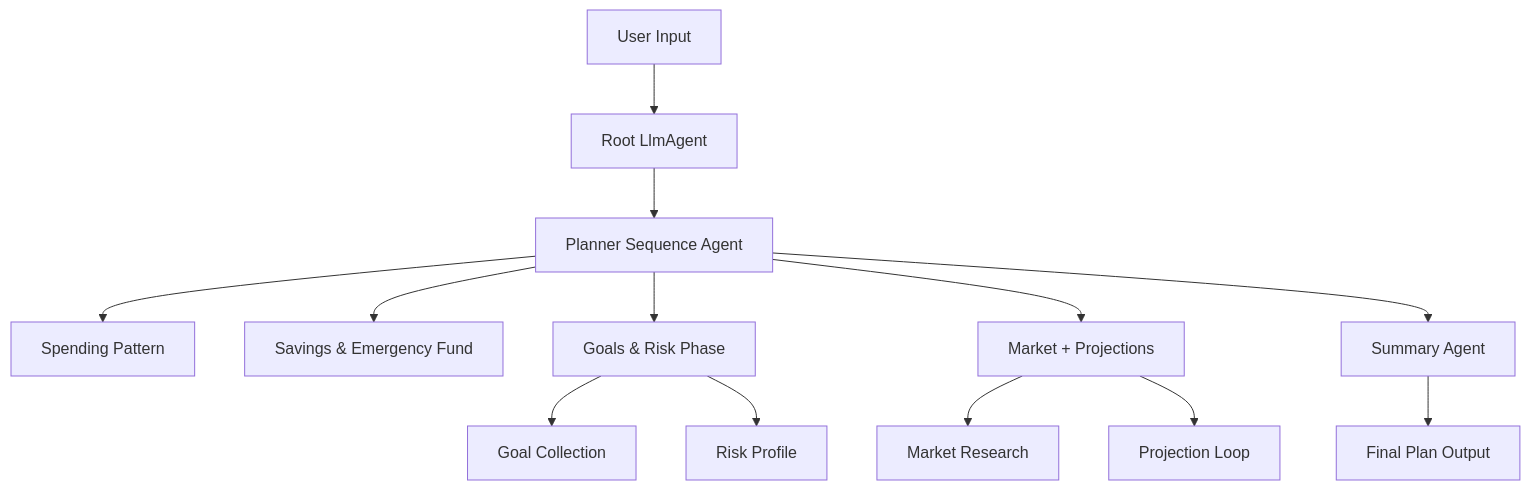
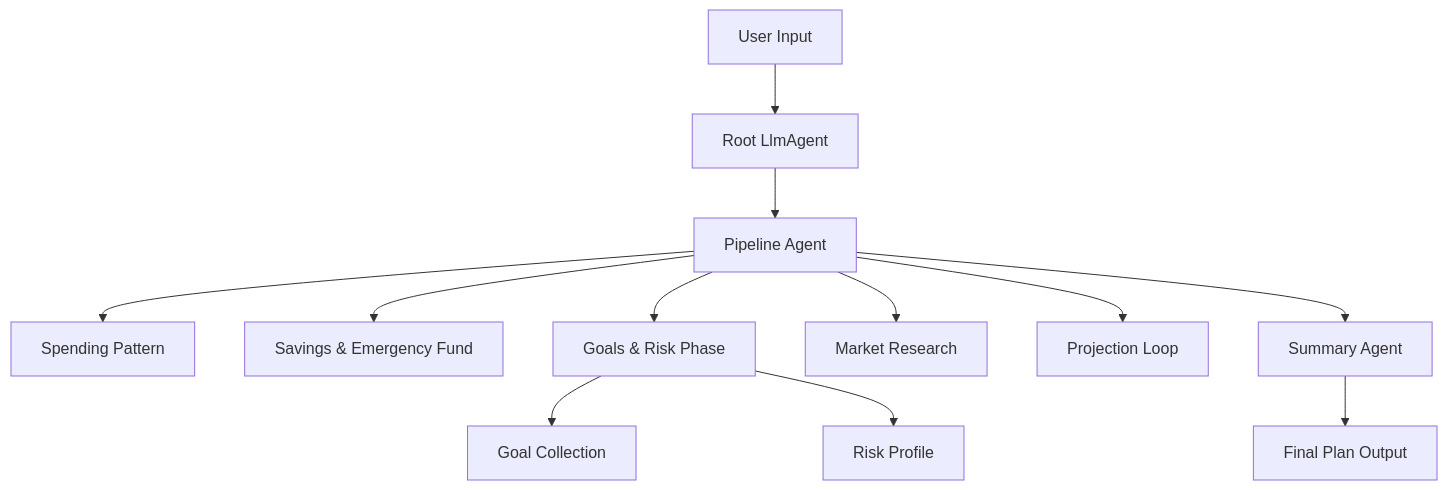
Before and after one commit to Sasikiranmayi/multi-agent-investment-planner: the diagram in README.md, drawn with Mermaid. The commit also changed other lines of this file, not shown here.

````diff
--- a/README.md
+++ b/README.md
@@ -129,15 +129,14 @@
 ```mermaid
 flowchart TD
     A[User Input] --> B[Root LlmAgent]
-    B --> C[Planner Sequence Agent]
+    B --> C[Pipeline Agent]
     C --> D[Spending Pattern]
     C --> E[Savings & Emergency Fund]
     C --> F[Goals & Risk Phase]
     F --> G[Goal Collection]
     F --> H[Risk Profile]
-    C --> I[Market + Projections]
-    I --> J[Market Research]
-    I --> K[Projection Loop]
+    C --> I[Market Research]
+    C --> J[Projection Loop]
     C --> L[Summary Agent]
     L --> M[Final Plan Output]
 ```
````
